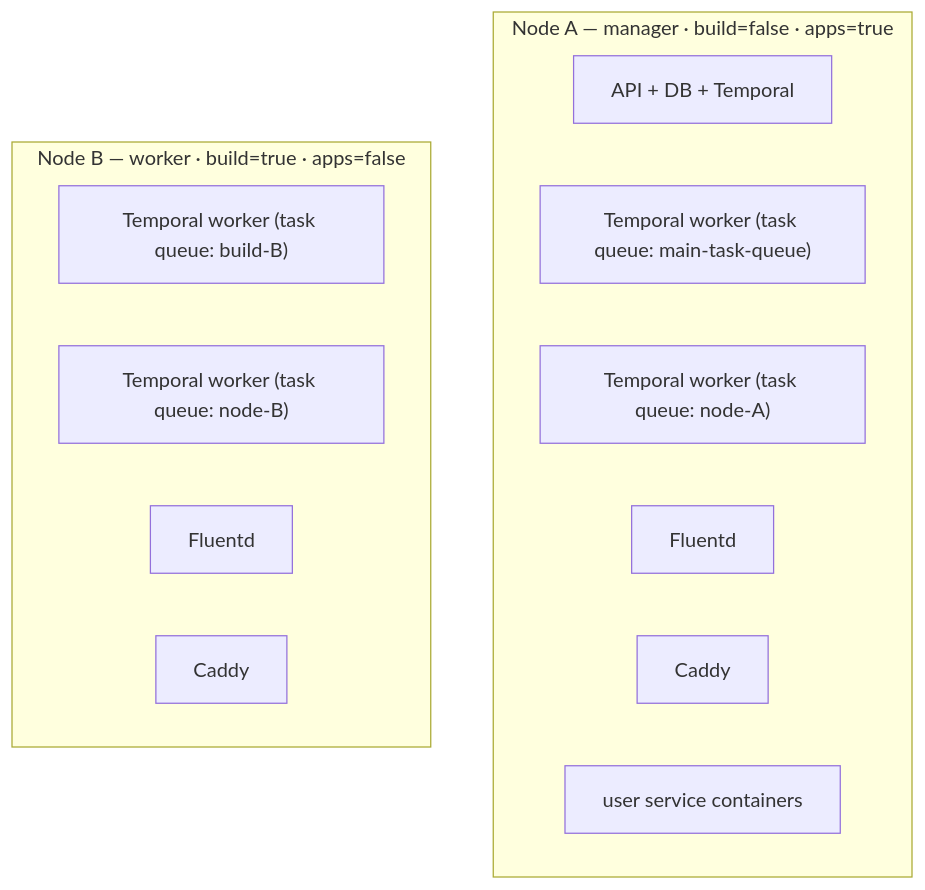
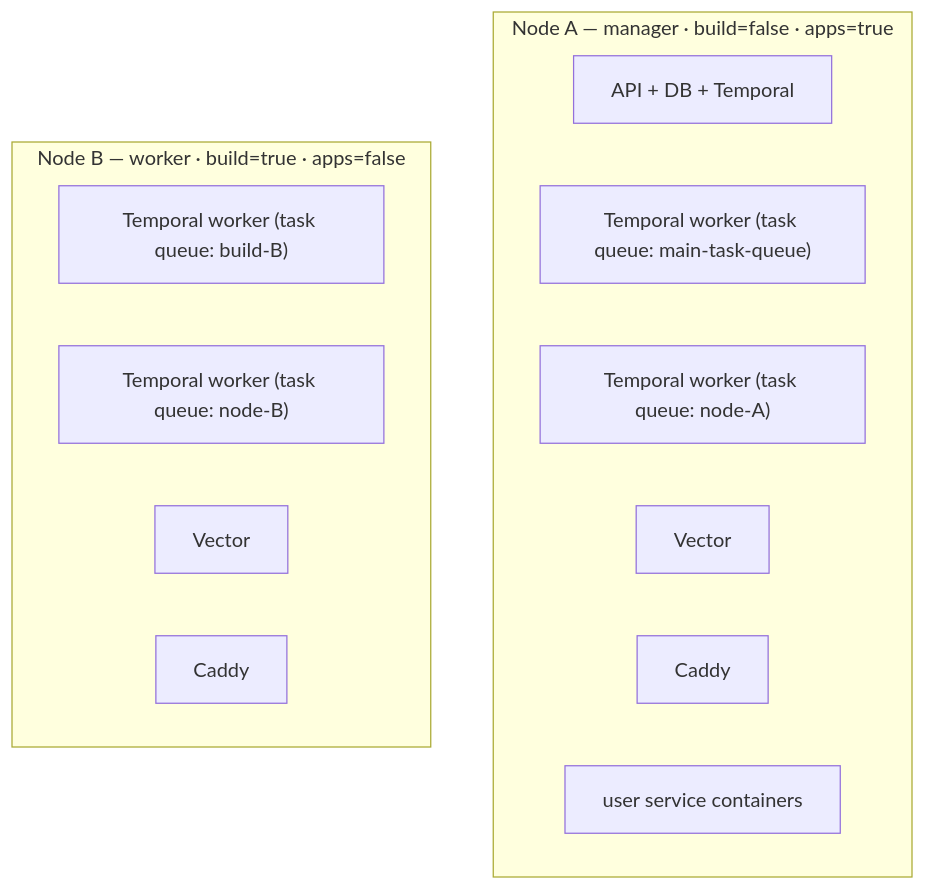
One commit to zane-ops/zane-ops changed the second of 7 diagrams in backend/notes/multi-server-plan.md. Above: the diagram before and after it, drawn with Mermaid. The commit also changed other lines of this file and 1 other file, not shown here.

````diff
--- a/backend/notes/multi-server-plan.md
+++ b/backend/notes/multi-server-plan.md
@@ -506,17 +504,17 @@
 ```mermaid
 flowchart TB
     subgraph A["Node A — manager · build=false · apps=true"]
         api["API + DB + Temporal"]
         mainq["Temporal worker (task queue: main-task-queue)"]
         nodeqA["Temporal worker (task queue: node-A)"]
-        fluentdA["Fluentd"]
+        vectorA["Vector"]
         caddyA["Caddy"]
         apps["user service containers"]
     end
     subgraph B["Node B — worker · build=true · apps=false"]
         buildq["Temporal worker (task queue: build-B)"]
         nodeqB["Temporal worker (task queue: node-B)"]
-        fluentdB["Fluentd"]
+        vectorB["Vector"]
         caddyB["Caddy"]
     end
 ```
````
